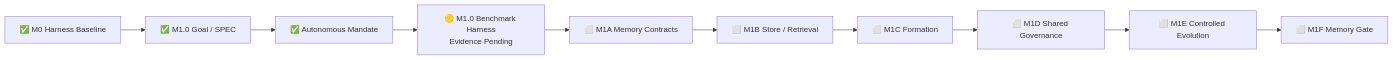
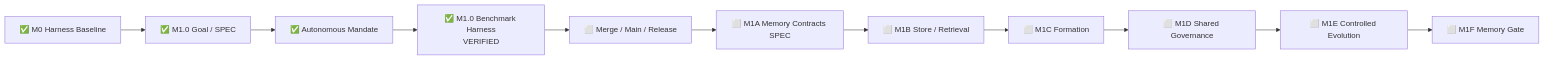
The diagram in docs/implementation-status.md (lsq1030757028/Pytest-playwright-e2e), drawn with Mermaid before and after one commit. The commit also changed other lines of this file, not shown here.

Commit message:
Mark M1.0 benchmark harness verified

````diff
--- a/docs/implementation-status.md
+++ b/docs/implementation-status.md
@@ -35,13 +35,14 @@
 ```mermaid
 flowchart LR
     A[✅ M0 Harness Baseline]
     --> B[✅ M1.0 Goal / SPEC]
     --> C[✅ Autonomous Mandate]
-    --> D[🟡 M1.0 Benchmark Harness<br/>Evidence Pending]
-    --> E[⬜ M1A Memory Contracts]
-    --> F[⬜ M1B Store / Retrieval]
-    --> G[⬜ M1C Formation]
-    --> H[⬜ M1D Shared Governance]
-    --> I[⬜ M1E Controlled Evolution]
-    --> J[⬜ M1F Memory Gate]
+    --> D[✅ M1.0 Benchmark Harness<br/>VERIFIED]
+    --> E[⬜ Merge / Main / Release]
+    --> F[⬜ M1A Memory Contracts SPEC]
+    --> G[⬜ M1B Store / Retrieval]
+    --> H[⬜ M1C Formation]
+    --> I[⬜ M1D Shared Governance]
+    --> J[⬜ M1E Controlled Evolution]
+    --> K[⬜ M1F Memory Gate]
 ```
````
